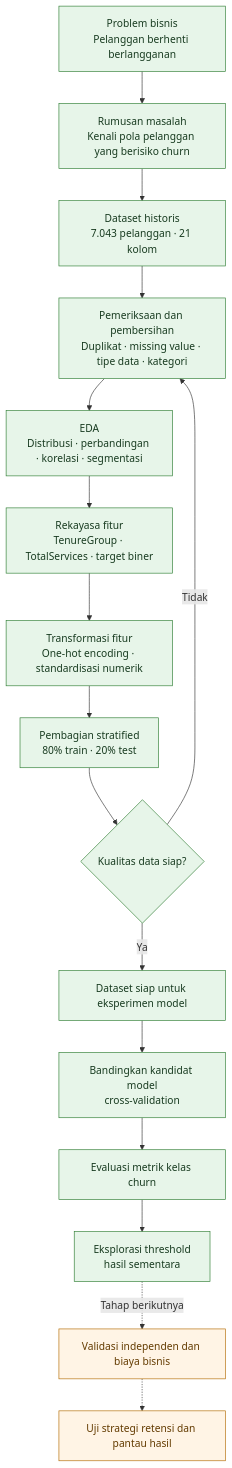
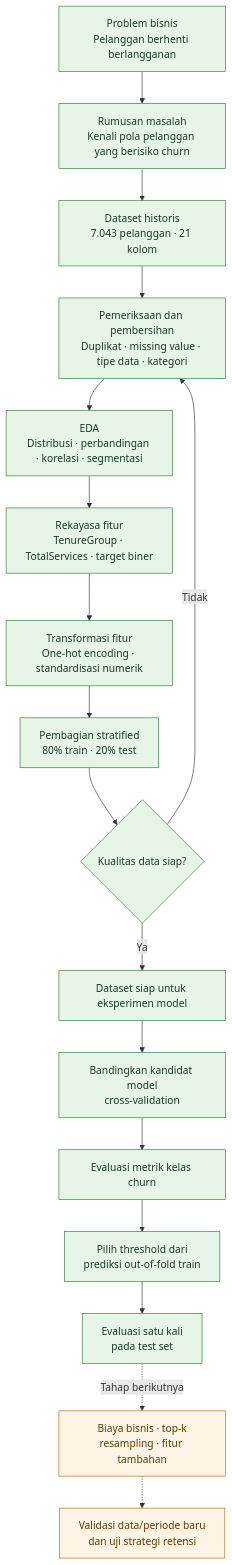
Before and after one commit to carlos1739/analisis_telco: the first of 3 diagrams in README.md, drawn with Mermaid. The commit also changed other lines of this file, not shown here.

First line of the commit message:
Revise README for model evaluation and next steps

````diff
--- a/README.md
+++ b/README.md
@@ -129,22 +129,23 @@
 ```mermaid
 flowchart TD
     A["Problem bisnis<br/>Pelanggan berhenti berlangganan"] --> B["Rumusan masalah<br/>Kenali pola pelanggan yang berisiko churn"]
     B --> C["Dataset historis<br/>7.043 pelanggan · 21 kolom"]
     C --> D["Pemeriksaan dan pembersihan<br/>Duplikat · missing value · tipe data · kategori"]
     D --> E["EDA<br/>Distribusi · perbandingan · korelasi · segmentasi"]
     E --> F["Rekayasa fitur<br/>TenureGroup · TotalServices · target biner"]
     F --> G["Transformasi fitur<br/>One-hot encoding · standardisasi numerik"]
     G --> H["Pembagian stratified<br/>80% train · 20% test"]
     H --> I{"Kualitas data siap?"}
     I -->|"Tidak"| D
     I -->|"Ya"| J["Dataset siap untuk eksperimen model"]
     J --> K["Bandingkan kandidat model<br/>cross-validation"]
     K --> L["Evaluasi metrik kelas churn"]
-    L --> M["Eksplorasi threshold<br/>hasil sementara"]
-    M -. "Tahap berikutnya" .-> N["Validasi independen dan biaya bisnis"]
-    N -.-> O["Uji strategi retensi dan pantau hasil"]
+    L --> M["Pilih threshold dari<br/>prediksi out-of-fold train"]
+    M --> N["Evaluasi satu kali<br/>pada test set"]
+    N -. "Tahap berikutnya" .-> O["Biaya bisnis · top-k<br/>resampling · fitur tambahan"]
+    O -.-> P["Validasi data/periode baru<br/>dan uji strategi retensi"]
     classDef done fill:#e7f5e9,stroke:#2e7d32,color:#183b20
     classDef next fill:#fff4e5,stroke:#b26a00,color:#633b00
-    class A,B,C,D,E,F,G,H,I,J,K,L,M done
-    class N,O next
+    class A,B,C,D,E,F,G,H,I,J,K,L,M,N done
+    class O,P next
 ```
````
